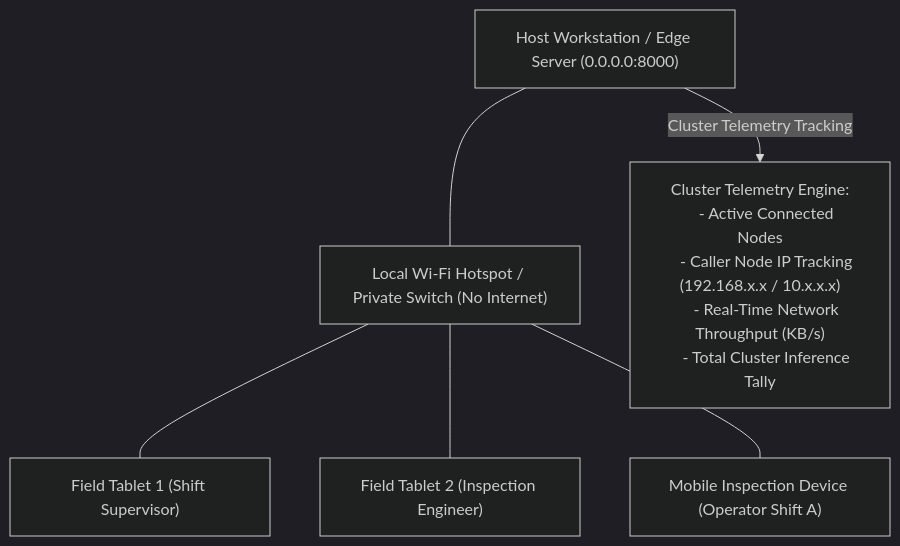
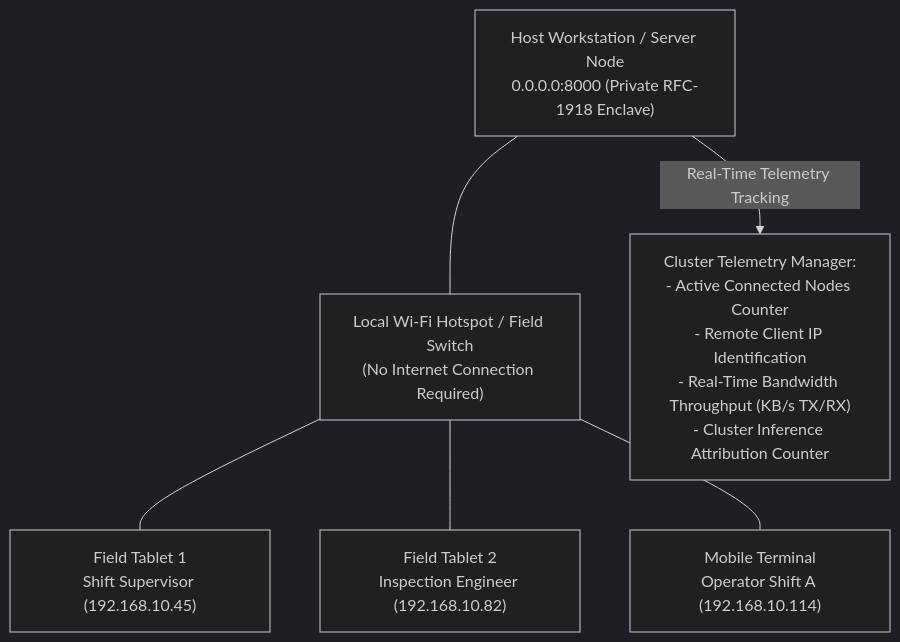
One commit to ApurveKaranwal/DRISHTI-MRPL changed the fifth of 7 diagrams in README.md. Above: the diagram before and after it, drawn with Mermaid (dark theme). The commit also changed other lines of this file, not shown here.

Commit message:
docs: finalize comprehensive master README for prototype with flowcharts, visual assets, and zero emojis

````diff
--- a/README.md
+++ b/README.md
@@ -184,19 +342,24 @@
 ```mermaid
 graph TD
-    HostLaptop["Host Workstation / Edge Server (0.0.0.0:8000)"]
-    HotspotAP["Local Wi-Fi Hotspot / Private Switch (No Internet)"]
-    Tablet1["Field Tablet 1 (Shift Supervisor)"]
-    Tablet2["Field Tablet 2 (Inspection Engineer)"]
-    Phone1["Mobile Inspection Device (Operator Shift A)"]
+    HostLaptop["Host Workstation / Server Node
+0.0.0.0:8000 (Private RFC-1918 Enclave)"]
+    HotspotAP["Local Wi-Fi Hotspot / Field Switch
+(No Internet Connection Required)"]
+    Tablet1["Field Tablet 1
+Shift Supervisor (192.168.10.45)"]
+    Tablet2["Field Tablet 2
+Inspection Engineer (192.168.10.82)"]
+    Mobile1["Mobile Terminal
+Operator Shift A (192.168.10.114)"]
 
     HostLaptop --- HotspotAP
     HotspotAP --- Tablet1
     HotspotAP --- Tablet2
-    HotspotAP --- Phone1
+    HotspotAP --- Mobile1
 
-    HostLaptop -->|Cluster Telemetry Tracking| TelemetryBox["Cluster Telemetry Engine:
-    - Active Connected Nodes
-    - Caller Node IP Tracking (192.168.x.x / 10.x.x.x)
-    - Real-Time Network Throughput (KB/s)
-    - Total Cluster Inference Tally"]
+    HostLaptop -->|Real-Time Telemetry Tracking| Engine["Cluster Telemetry Manager:
+- Active Connected Nodes Counter
+- Remote Client IP Identification
+- Real-Time Bandwidth Throughput (KB/s TX/RX)
+- Cluster Inference Attribution Counter"]
 ```
````
